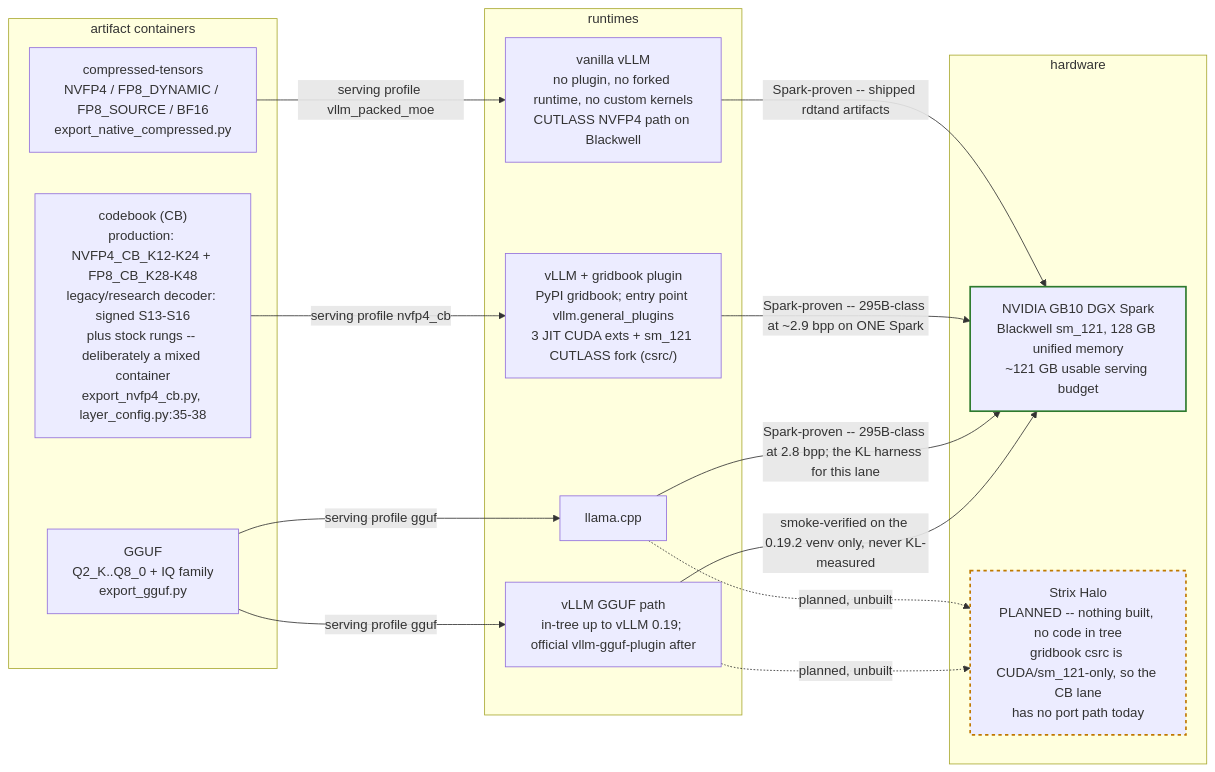
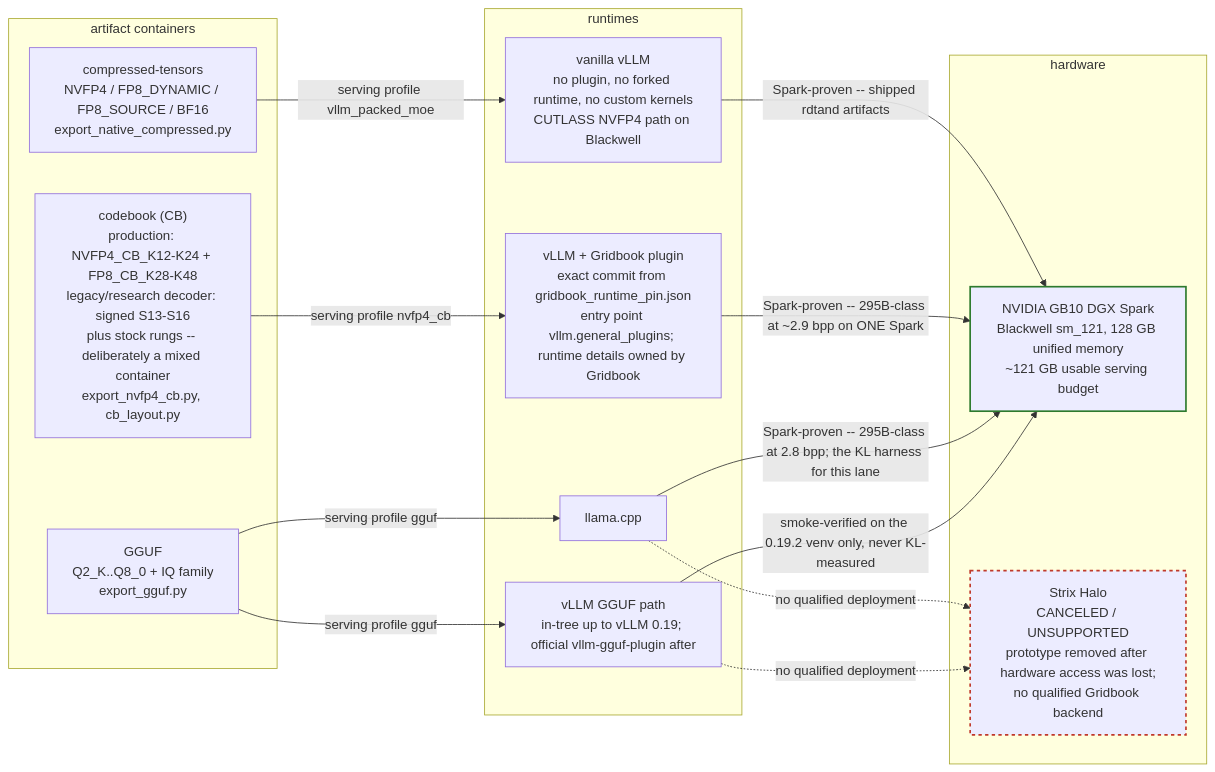
The third of 3 diagrams in docs/ARCHITECTURE.md (JeffreyLatter/prismaquant), drawn with Mermaid before and after one commit. The commit also changed other lines of this file and 152 other files, not shown here.

````diff
--- a/docs/ARCHITECTURE.md
+++ b/docs/ARCHITECTURE.md
@@ -1775,38 +1774,38 @@
 ```mermaid
 flowchart LR
   subgraph CONT["artifact containers"]
     A1["compressed-tensors<br/>NVFP4 / FP8_DYNAMIC / FP8_SOURCE / BF16<br/>export_native_compressed.py"]
-    A2["codebook (CB)<br/>production: NVFP4_CB_K12-K24 + FP8_CB_K28-K48<br/>legacy/research decoder: signed S13-S16<br/>plus stock rungs -- deliberately a mixed container<br/>export_nvfp4_cb.py, layer_config.py:35-38"]
+    A2["codebook (CB)<br/>production: NVFP4_CB_K12-K24 + FP8_CB_K28-K48<br/>legacy/research decoder: signed S13-S16<br/>plus stock rungs -- deliberately a mixed container<br/>export_nvfp4_cb.py, cb_layout.py"]
     A3["GGUF<br/>Q2_K..Q8_0 + IQ family<br/>export_gguf.py"]
   end
 
   subgraph RT["runtimes"]
     R1["vanilla vLLM<br/>no plugin, no forked runtime, no custom kernels<br/>CUTLASS NVFP4 path on Blackwell"]
-    R2["vLLM + gridbook plugin<br/>PyPI gridbook; entry point vllm.general_plugins<br/>3 JIT CUDA exts + sm_121 CUTLASS fork (csrc/)"]
+    R2["vLLM + Gridbook plugin<br/>exact commit from gridbook_runtime_pin.json<br/>entry point vllm.general_plugins; runtime details owned by Gridbook"]
     R3["llama.cpp"]
     R4["vLLM GGUF path<br/>in-tree up to vLLM 0.19; official vllm-gguf-plugin after"]
   end
 
   subgraph HW["hardware"]
     H1["NVIDIA GB10 DGX Spark<br/>Blackwell sm_121, 128 GB unified memory<br/>~121 GB usable serving budget"]
-    H2["Strix Halo<br/>PLANNED -- nothing built, no code in tree<br/>gridbook csrc is CUDA/sm_121-only, so the CB lane<br/>has no port path today"]
+    H2["Strix Halo<br/>CANCELED / UNSUPPORTED<br/>prototype removed after hardware access was lost;<br/>no qualified Gridbook backend"]
   end
 
   A1 -->|"serving profile vllm_packed_moe"| R1
   A2 -->|"serving profile nvfp4_cb"| R2
   A3 -->|"serving profile gguf"| R3
   A3 -->|"serving profile gguf"| R4
 
   R1 -->|"Spark-proven -- shipped rdtand artifacts"| H1
   R2 -->|"Spark-proven -- 295B-class at ~2.9 bpp on ONE Spark"| H1
   R3 -->|"Spark-proven -- 295B-class at 2.8 bpp; the KL harness for this lane"| H1
   R4 -->|"smoke-verified on the 0.19.2 venv only, never KL-measured"| H1
 
-  R3 -.->|"planned, unbuilt"| H2
-  R4 -.->|"planned, unbuilt"| H2
+  R3 -.->|"no qualified deployment"| H2
+  R4 -.->|"no qualified deployment"| H2
 
   classDef proven stroke:#2d7a2d,stroke-width:2px
-  classDef planned stroke:#c07800,stroke-width:2px,stroke-dasharray:4
+  classDef unsupported stroke:#c0392b,stroke-width:2px,stroke-dasharray:4
   class H1 proven
-  class H2 planned
+  class H2 unsupported
 ```
````
